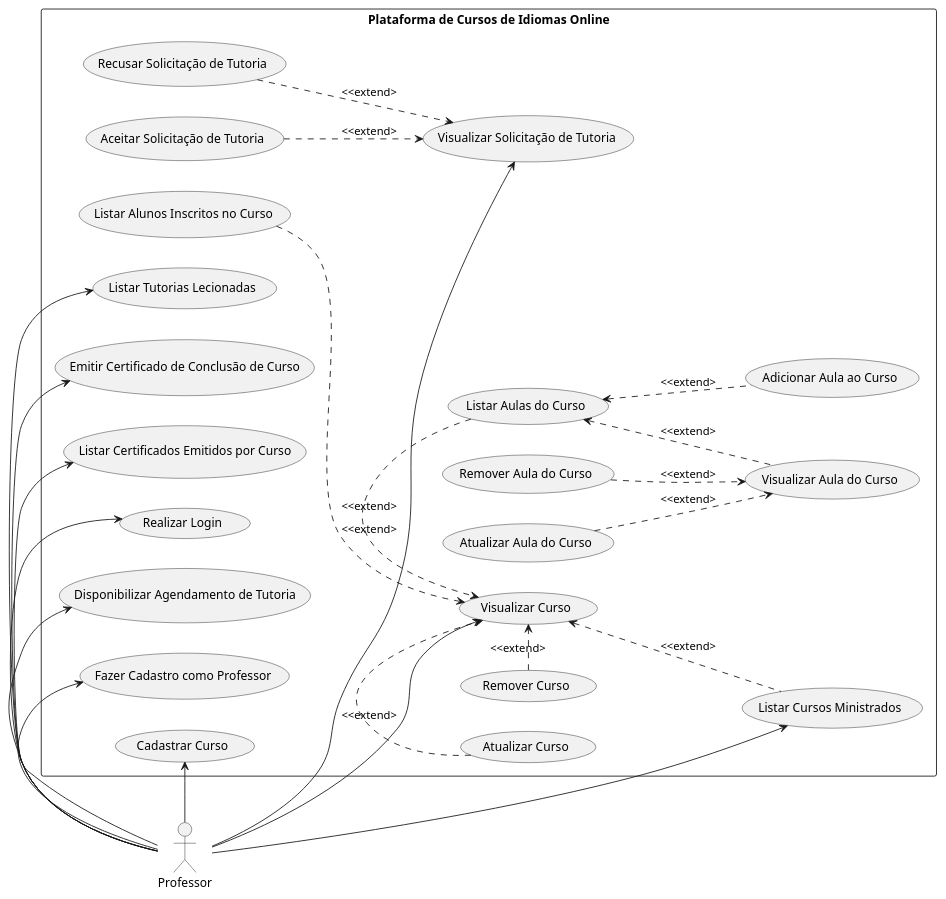
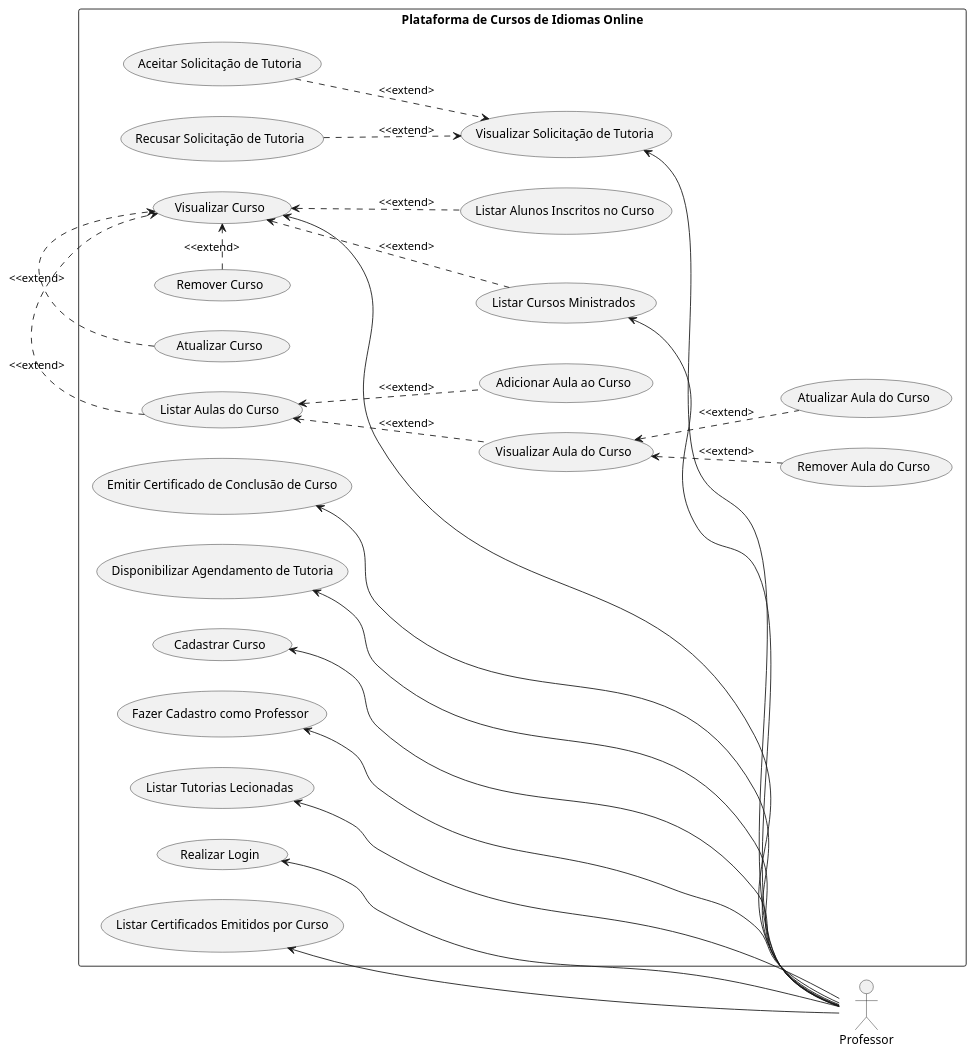
Before and after one commit to Nicolas-Emanuel7/Atividades-APS: the diagram in projeto-1Unidade/professor.puml, drawn with PlantUML. The commit also changed 3 other files, not shown here.

Commit message:
refactor: atualiza diagrama de casos de uso do professor e do aluno

```diff
--- a/projeto-1Unidade/professor.puml
+++ b/projeto-1Unidade/professor.puml
@@ -1,66 +1,66 @@
 @startuml "Plataforma de Cursos de Idiomas Online"
 left to right direction
 
 :Professor: as professor
 ' :Plataforma: as plataforma
 
 
 rectangle "Plataforma de Cursos de Idiomas Online"{
     (Fazer Cadastro como Professor) as fazer_cadastro_professor
     ' (Visualizar Perfil de Professor) as visualizar_perfil_professor
     ' (Atualizar Perfil de Professor) as atualizar_perfil_professor
     (Cadastrar Curso) as cadastrar_curso
     (Remover Curso) as remover_curso
     (Atualizar Curso) as atualizar_curso
     (Visualizar Curso) as visualizar_curso
     ' (Visualizar Notas dos Alunos) as visualizar_notas_alunos
     (Listar Cursos Ministrados) as listar_cursos_ministrados
     (Adicionar Aula ao Curso) as adicionar_aula_curso
     (Remover Aula do Curso) as remover_aula_curso
     (Atualizar Aula do Curso) as atualizar_aula_curso
     (Visualizar Aula do Curso) as visualizar_aula_curso
     (Listar Aulas do Curso) as listar_aulas_curso
     (Listar Alunos Inscritos no Curso) as listar_alunos_inscritos_curso
     (Disponibilizar Agendamento de Tutoria) as disponibilizar_agendamento_tutoria
     (Aceitar Solicitação de Tutoria) as aceitar_solicitacao_tutoria
     (Recusar Solicitação de Tutoria) as recusar_solicitacao_tutoria
     (Visualizar Solicitação de Tutoria) as visualizar_solicitacao_tutoria
     (Listar Tutorias Lecionadas) as listar_tutorias_lecionadas
     (Emitir Certificado de Conclusão de Curso) as emitir_certificado_conclusao_curso
     (Listar Certificados Emitidos por Curso) as listar_certificados_emitidos_curso
 
     (Realizar Login) as realizar_login
 }
 
-professor -down-> fazer_cadastro_professor
-professor -down-> cadastrar_curso
-professor -down-> visualizar_curso
-professor -down-> listar_cursos_ministrados
+professor -up-> fazer_cadastro_professor
+professor -up-> cadastrar_curso
+professor -up-> visualizar_curso
+professor -up-> listar_cursos_ministrados
 
 professor -up-> disponibilizar_agendamento_tutoria
-professor -up-> visualizar_solicitacao_tutoria
-professor -up-> listar_tutorias_lecionadas
+professor -left-> visualizar_solicitacao_tutoria
+professor -left-> listar_tutorias_lecionadas
 
-professor -left-> emitir_certificado_conclusao_curso
-professor -left-> listar_certificados_emitidos_curso
+professor -up-> emitir_certificado_conclusao_curso
+professor -up-> listar_certificados_emitidos_curso
 
-professor -left-> realizar_login
+professor -up-> realizar_login
 
 listar_cursos_ministrados .up.> visualizar_curso: <<extend>
 
-visualizar_curso <.up. listar_alunos_inscritos_curso: <<extend>
+visualizar_curso <.down. listar_alunos_inscritos_curso: <<extend>
 visualizar_curso <.left. remover_curso: <<extend>
 visualizar_curso <.left. atualizar_curso: <<extend>
 
 visualizar_curso <.left. listar_aulas_curso: <<extend>
 
 listar_aulas_curso <.down. visualizar_aula_curso: <<extend>
 listar_aulas_curso <.down. adicionar_aula_curso: <<extend>
 
-visualizar_aula_curso <.up. remover_aula_curso: <<extend>
-visualizar_aula_curso <.up. atualizar_aula_curso: <<extend>
+visualizar_aula_curso <.down. remover_aula_curso: <<extend>
+visualizar_aula_curso <.down. atualizar_aula_curso: <<extend>
 
 visualizar_solicitacao_tutoria <.up. aceitar_solicitacao_tutoria: <<extend>
 visualizar_solicitacao_tutoria <.up. recusar_solicitacao_tutoria: <<extend>
 
 @enduml
```
